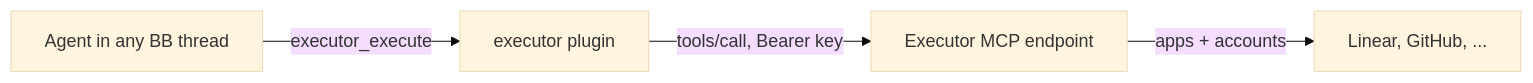
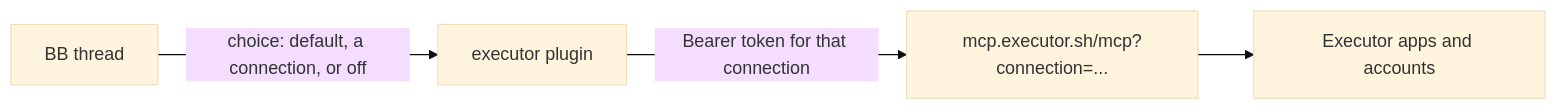
Before and after one commit to connorads/dotfiles: the diagram in src/bb-plugins/executor/README.md, drawn with Mermaid (base theme). The commit also changed other lines of this file and 14 other files, not shown here.

First line of the commit message:
feat(bb-plugins/executor): sign in per scoped connection and route each thread

````diff
--- a/src/bb-plugins/executor/README.md
+++ b/src/bb-plugins/executor/README.md
@@ -30,6 +15,6 @@
 ```mermaid
 flowchart LR
-  Agent[Agent in any BB thread] -->|executor_execute| Plugin[executor plugin]
-  Plugin -->|tools/call, Bearer key| Executor[Executor MCP endpoint]
-  Executor -->|apps + accounts| Services[Linear, GitHub, ...]
+  Thread[BB thread] -->|choice: default, a connection, or off| Plugin[executor plugin]
+  Plugin -->|Bearer token for that connection| Conn["mcp.executor.sh/mcp?connection=..."]
+  Conn --> Executor[Executor apps and accounts]
 ```
````
